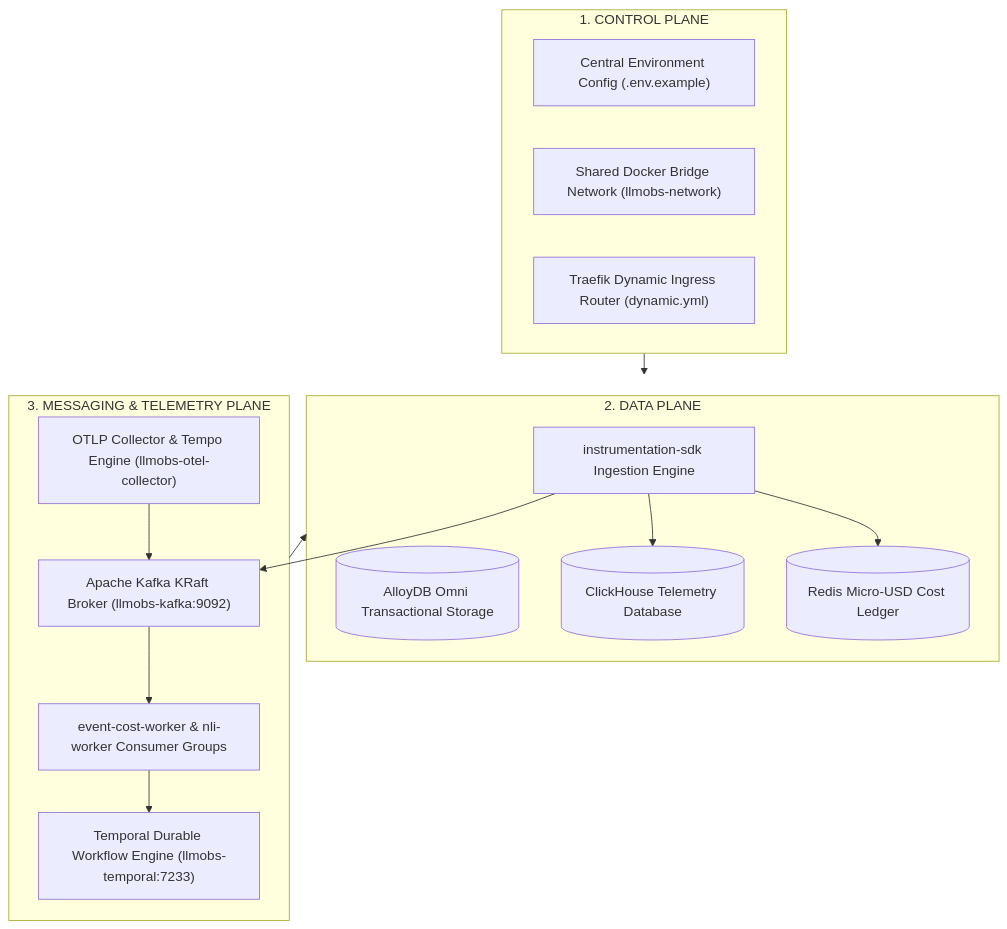
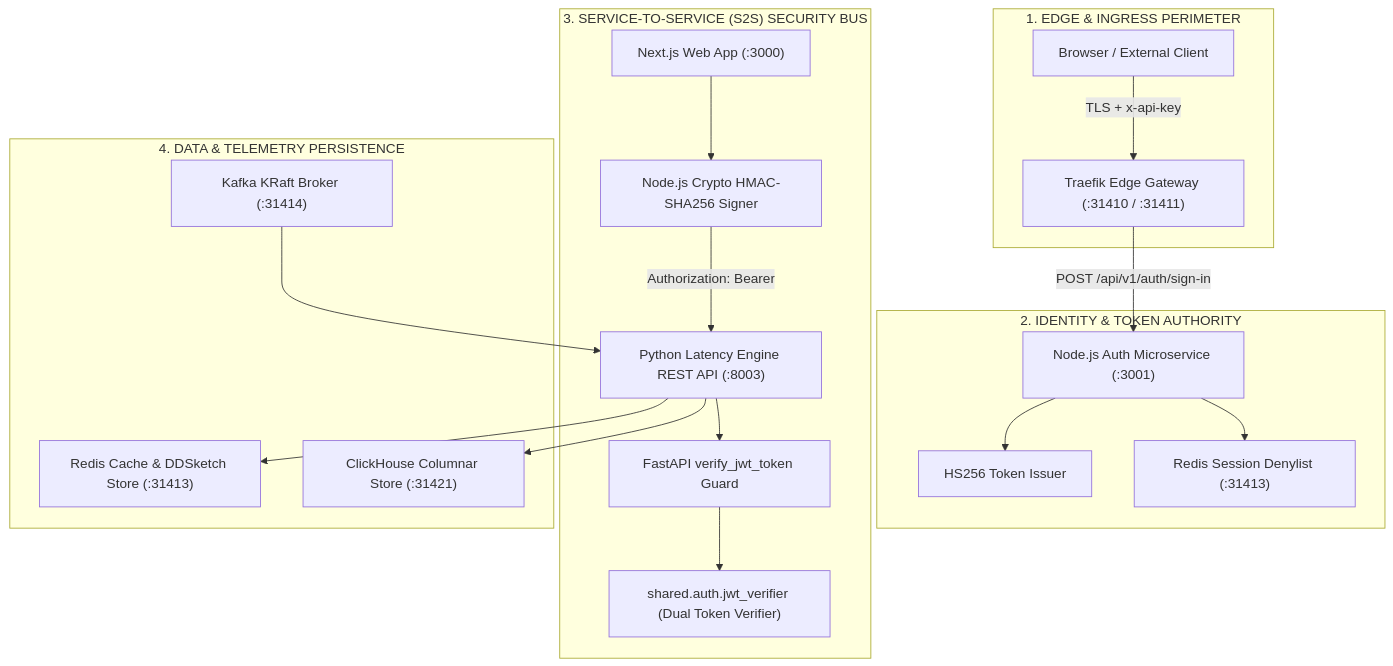
The first of 2 diagrams in notebooks/runbooks/decisions/20260825-013-centralized-platform-infrastructure-topology-and-decoupled-microservices.md (Chief-Strategist-J/llm-observability-platform), drawn with Mermaid before and after one commit. The commit also changed other lines of this file and 2 other files, not shown here.

Commit message:
docs(adr): update ADR-011, ADR-0006, and ADR-013 with in-depth security architecture, HMAC-SHA256 JWT verifiers, and Mermaid diagrams

````diff
--- a/notebooks/runbooks/decisions/20260825-013-centralized-platform-infrastructure-topology-and-decoupled-microservices.md
+++ b/notebooks/runbooks/decisions/20260825-013-centralized-platform-infrastructure-topology-and-decoupled-microservices.md
@@ -90,33 +35,40 @@
 ```mermaid
 flowchart TD
-    subgraph ControlPlane["1. CONTROL PLANE"]
-        EnvConfig["Central Environment Config (.env.example)"]
-        DockerNetwork["Shared Docker Bridge Network (llmobs-network)"]
-        TraefikRouter["Traefik Dynamic Ingress Router (dynamic.yml)"]
+    subgraph EdgePerimeter["1. EDGE & INGRESS PERIMETER"]
+        Client["Browser / External Client"]
+        Traefik["Traefik Edge Gateway (:31410 / :31411)"]
+        Client -->|TLS + x-api-key| Traefik
     end
 
-    subgraph DataPlane["2. DATA PLANE"]
-        FastApiIngest["instrumentation-sdk Ingestion Engine"]
-        AlloyStore[("AlloyDB Omni Transactional Storage")]
-        ClickHouseAnalytics[("ClickHouse Telemetry Database")]
-        RedisLedger[("Redis Micro-USD Cost Ledger")]
-
-        FastApiIngest --> ClickHouseAnalytics
-        FastApiIngest --> RedisLedger
+    subgraph AuthPlane["2. IDENTITY & TOKEN AUTHORITY"]
+        AuthApp["Node.js Auth Microservice (:3001)"]
+        TokenGen["HS256 Token Issuer"]
+        RedisDenylist["Redis Session Denylist (:31413)"]
+        Traefik -->|POST /api/v1/auth/sign-in| AuthApp
+        AuthApp --> TokenGen
+        AuthApp --> RedisDenylist
     end
 
-    subgraph MessagingPlane["3. MESSAGING & TELEMETRY PLANE"]
-        CentralKafka["Apache Kafka KRaft Broker (llmobs-kafka:9092)"]
-        CentralOtel["OTLP Collector & Tempo Engine (llmobs-otel-collector)"]
-        TemporalSaga["Temporal Durable Workflow Engine (llmobs-temporal:7233)"]
-        WorkerConsumers["event-cost-worker & nli-worker Consumer Groups"]
+    subgraph S2SSecurityBus["3. SERVICE-TO-SERVICE (S2S) SECURITY BUS"]
+        WebApp["Next.js Web App (:3000)"]
+        CryptoSigner["Node.js Crypto HMAC-SHA256 Signer"]
+        FastAPIEngine["Python Latency Engine REST API (:8003)"]
+        JWTGuard["FastAPI verify_jwt_token Guard"]
+        JWTVerifier["shared.auth.jwt_verifier (Dual Token Verifier)"]
 
-        FastApiIngest --> CentralKafka
-        CentralKafka --> WorkerConsumers
-        WorkerConsumers --> TemporalSaga
-        CentralOtel --> CentralKafka
+        WebApp --> CryptoSigner
+        CryptoSigner -->|Authorization: Bearer <S2S_JWT>| FastAPIEngine
+        FastAPIEngine --> JWTGuard
+        JWTGuard --> JWTVerifier
     end
 
-    ControlPlane --> DataPlane
-    MessagingPlane --> DataPlane
+    subgraph DataPersistence["4. DATA & TELEMETRY PERSISTENCE"]
+        KafkaBus["Kafka KRaft Broker (:31414)"]
+        RedisLedger["Redis Cache & DDSketch Store (:31413)"]
+        ClickHouseDB["ClickHouse Columnar Store (:31421)"]
+
+        FastAPIEngine --> RedisLedger
+        FastAPIEngine --> ClickHouseDB
+        KafkaBus --> FastAPIEngine
+    end
 ```
````
